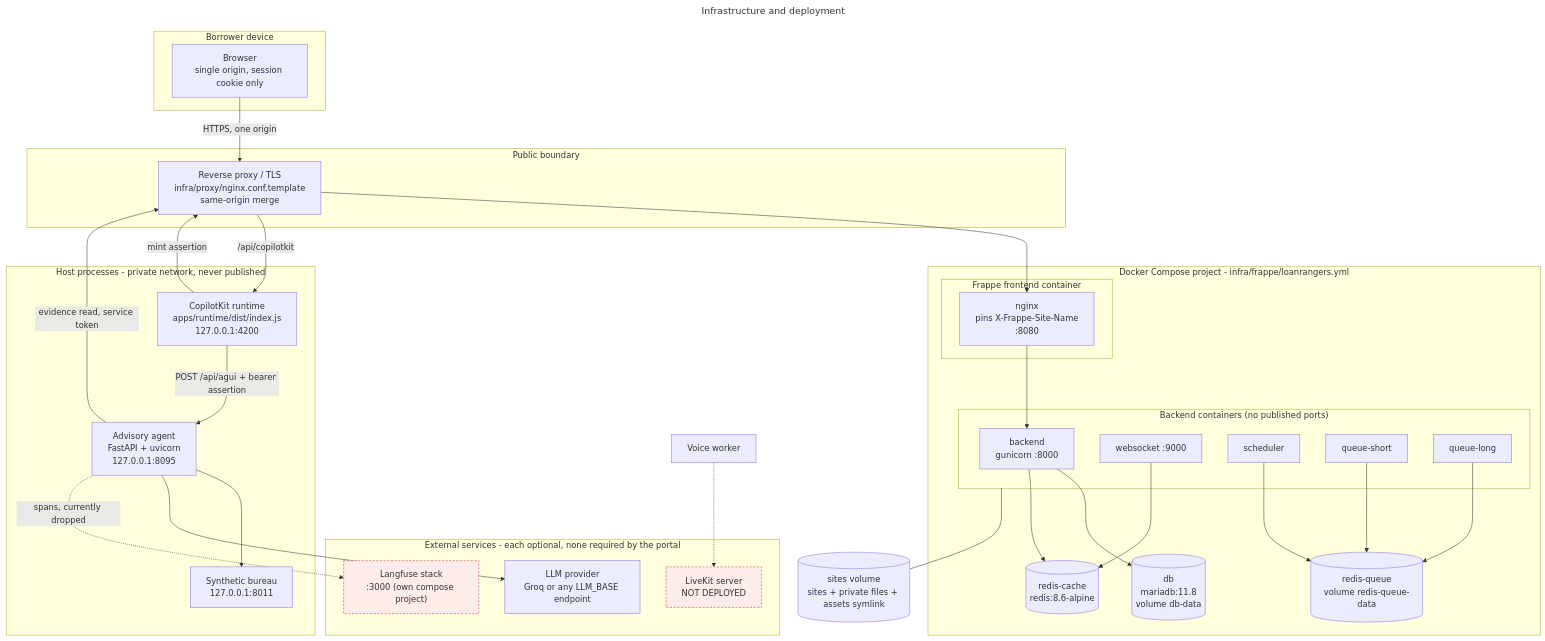
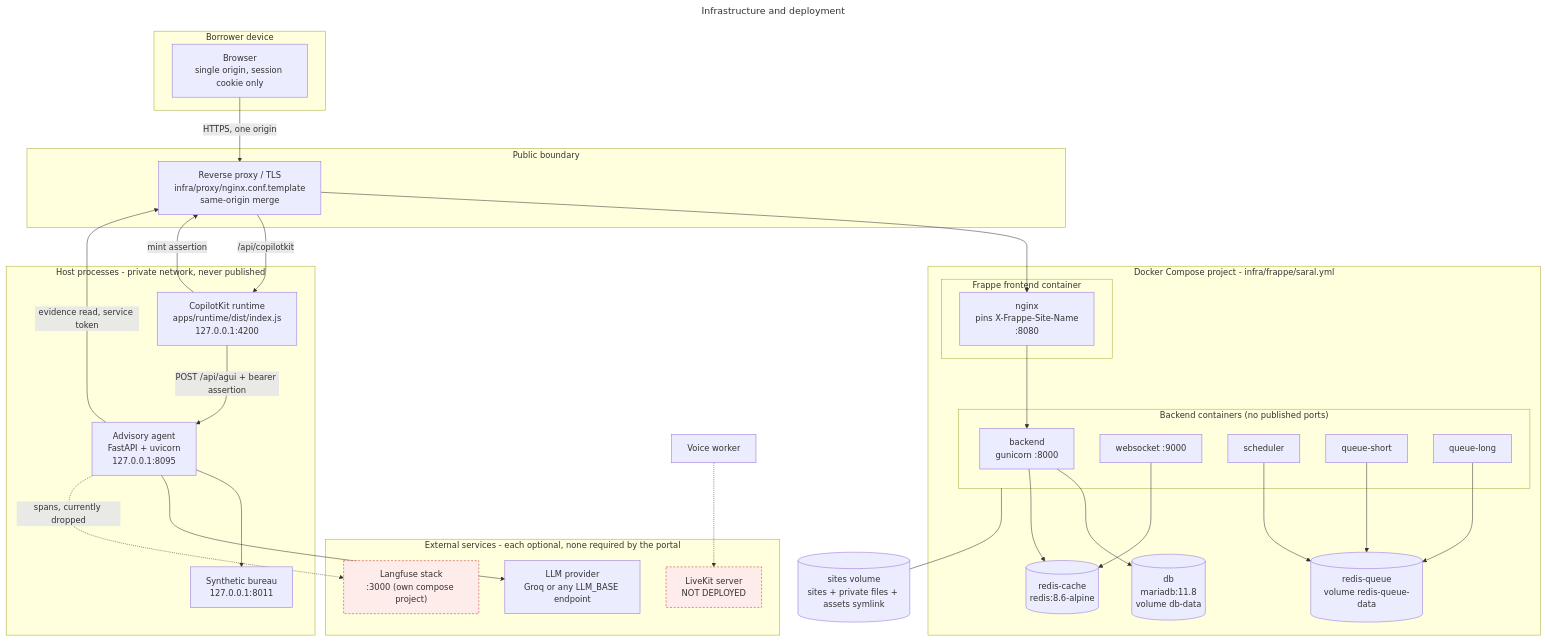
The diagram in docs/architecture/diagrams/07-infrastructure-deployment.mmd (Narendarcodes/saral), drawn with Mermaid before and after one commit. The commit also changed 64 other files, not shown here.

```diff
--- a/docs/architecture/diagrams/07-infrastructure-deployment.mmd
+++ b/docs/architecture/diagrams/07-infrastructure-deployment.mmd
@@ -1,65 +1,65 @@
 ---
 title: "Infrastructure and deployment"
 ---
 flowchart TB
   subgraph CLIENT["Borrower device"]
     BR["Browser<br/>single origin, session cookie only"]
   end
 
   subgraph HOSTPUB["Public boundary"]
     NGX["Reverse proxy / TLS<br/>infra/proxy/nginx.conf.template<br/>same-origin merge"]
   end
 
-  subgraph DOCKER["Docker Compose project - infra/frappe/loanrangers.yml"]
+  subgraph DOCKER["Docker Compose project - infra/frappe/saral.yml"]
     subgraph FT["Frappe frontend container"]
       Fnginx["nginx<br/>pins X-Frappe-Site-Name<br/>:8080"]
     end
     subgraph BE["Backend containers (no published ports)"]
       Gunicorn["backend<br/>gunicorn :8000"]
       WS["websocket :9000"]
       SCH["scheduler"]
       Q1["queue-short"]
       Q2["queue-long"]
     end
     DB[("db<br/>mariadb:11.8<br/>volume db-data")]
     RC[("redis-cache<br/>redis:8.6-alpine")]
     RQ[("redis-queue<br/>volume redis-queue-data")]
   end
 
   subgraph HOSTPRIV["Host processes - private network, never published"]
     RT["CopilotKit runtime<br/>apps/runtime/dist/index.js<br/>127.0.0.1:4200"]
     AG["Advisory agent<br/>FastAPI + uvicorn<br/>127.0.0.1:8095"]
     BUR["Synthetic bureau<br/>127.0.0.1:8011"]
   end
 
   subgraph EXT["External services - each optional, none required by the portal"]
     GROQ["LLM provider<br/>Groq or any LLM_BASE endpoint"]
     LKF["Langfuse stack<br/>:3000 (own compose project)"]
     LK["LiveKit server<br/>NOT DEPLOYED"]
   end
 
   VOL[("sites volume<br/>sites + private files + assets symlink")]
 
   BR -->|"HTTPS, one origin"| NGX
   NGX --> Fnginx
   NGX -->|"/api/copilotkit"| RT
   Fnginx --> Gunicorn
   Gunicorn --> DB
   Gunicorn --> RC
   Q1 --> RQ
   Q2 --> RQ
   SCH --> RQ
   WS --> RC
   BE --- VOL
   RT -->|"mint assertion"| NGX
   RT -->|"POST /api/agui + bearer assertion"| AG
   AG -->|"evidence read, service token"| NGX
   AG --> BUR
   AG --> GROQ
   AG -.->|"spans, currently dropped"| LKF
   BRx["Voice worker"] -.-> LK
 
   classDef devonly fill:#f5f5f5,stroke:#999,stroke-dasharray:4 3;
   classDef notbuilt fill:#fdecea,stroke:#c0392b,stroke-dasharray:4 3;
   class LKF notbuilt;
   class LK notbuilt;
```
